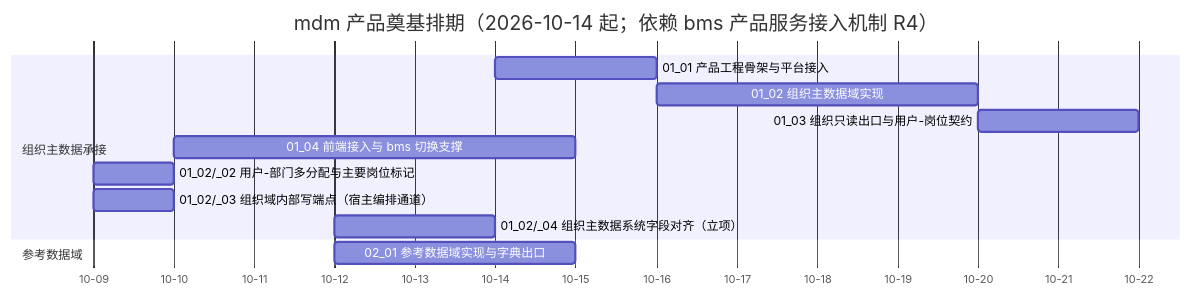
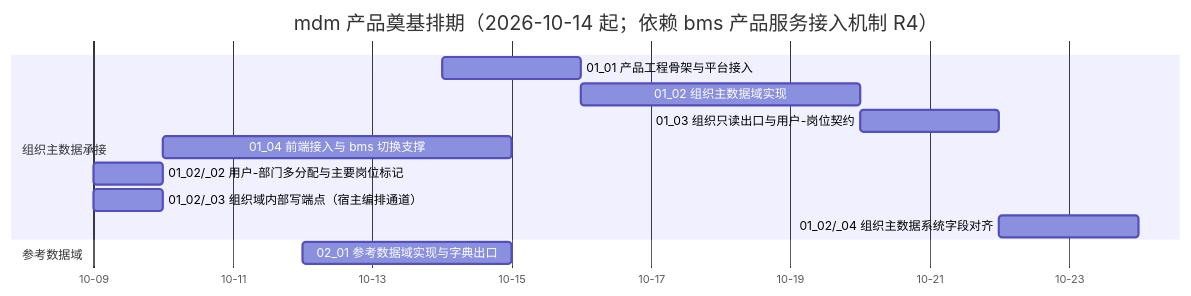
The diagram in mdm文档/项目/01_mdm 产品奠基/计划/01_计划_mdm产品奠基.md (minjian123/master-data-management), drawn with Mermaid before and after one commit. The commit also changed other lines of this file and 8 other files, not shown here.

````diff
--- a/mdm文档/项目/01_mdm 产品奠基/计划/01_计划_mdm产品奠基.md
+++ b/mdm文档/项目/01_mdm 产品奠基/计划/01_计划_mdm产品奠基.md
@@ -37,16 +37,16 @@
 ```mermaid
 gantt
     title mdm 产品奠基排期（2026-10-14 起；依赖 bms 产品服务接入机制 R4）
     dateFormat  YYYY-MM-DD
     axisFormat %m-%d
     section 组织主数据承接
     01_01 产品工程骨架与平台接入 :m0101, 2026-10-14, 2d
     01_02 组织主数据域实现 :m0102, 2026-10-16, 4d
     01_03 组织只读出口与用户-岗位契约 :m0103, 2026-10-20, 2d
     01_04 前端接入与 bms 切换支撑 :m0104, 2026-10-10, 5d
     01_02/_02 用户-部门多分配与主要岗位标记 :m0102b, 2026-10-09, 1d
     01_02/_03 组织域内部写端点（宿主编排通道） :m0102c, 2026-10-09, 1d
-    01_02/_04 组织主数据系统字段对齐（立项） :m0102d, 2026-10-12, 2d
+    01_02/_04 组织主数据系统字段对齐 :m0102d, 2026-10-22, 2d
     section 参考数据域
     02_01 参考数据域实现与字典出口 :m0201, 2026-10-12, 3d
 ```
````
